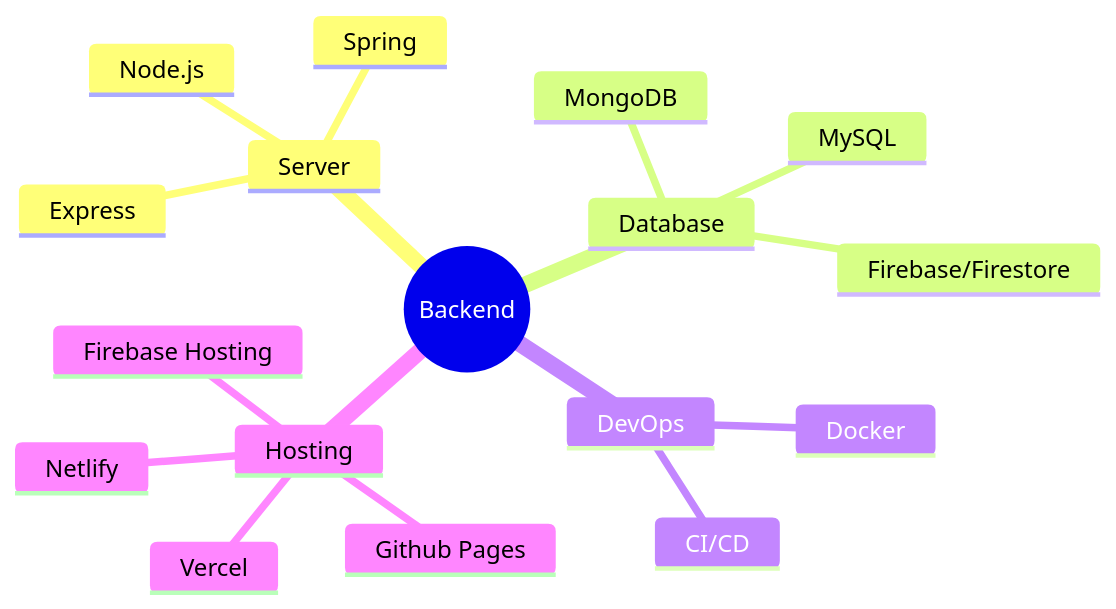
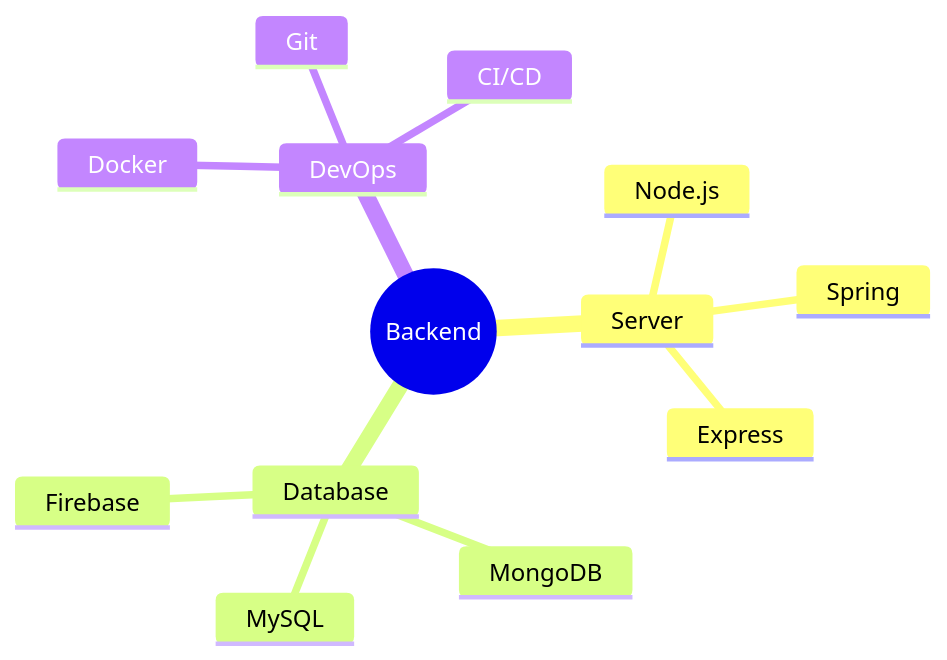
One commit to KhamessiTaha/KhamessiTaha changed the third of 3 diagrams in README.md. Above: the diagram before and after it, drawn with Mermaid. The commit also changed other lines of this file, not shown here.

````diff
--- a/README.md
+++ b/README.md
@@ -137,20 +122,16 @@
 ```mermaid
 mindmap
   root((Backend))
     Server
       Node.js
       Spring
       Express
     Database
       MongoDB
       MySQL
-      Firebase/Firestore
+      Firebase
     DevOps
       Docker
+      Git
       CI/CD
-    Hosting
-      Netlify
-      Github Pages
-      Vercel
-      Firebase Hosting
 ```
````
